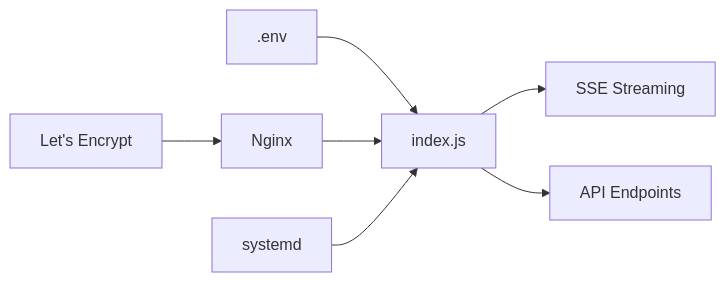
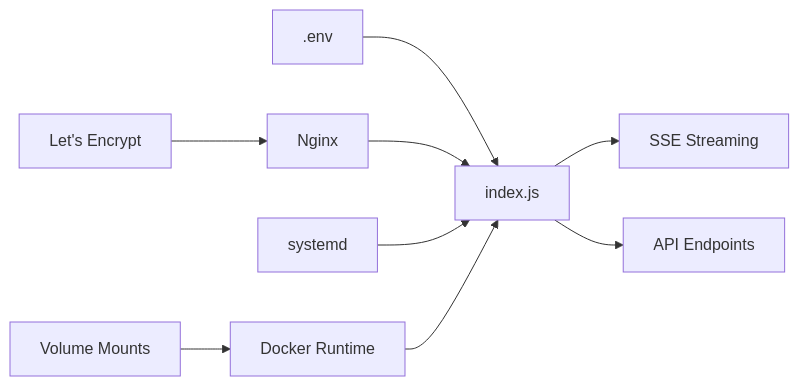
Diagram 15 of 15 in .qoder/repowiki/en/content/Deployment & Operations/Deployment & Operations.md (RunTimeAdmin/tri-ai), drawn with Mermaid before and after one commit. The commit also changed other lines of this file and 139 other files, not shown here.

````diff
--- a/.qoder/repowiki/en/content/Deployment & Operations/Deployment & Operations.md
+++ b/.qoder/repowiki/en/content/Deployment & Operations/Deployment & Operations.md
@@ -439,9 +569,11 @@
 ```mermaid
 graph LR
 Env[".env"] --> Node["index.js"]
 Node --> SSE["SSE Streaming"]
 Node --> APIs["API Endpoints"]
 Nginx["Nginx"] --> Node
 SSL["Let's Encrypt"] --> Nginx
 Sysd["systemd"] --> Node
+Docker["Docker Runtime"] --> Node
+Volumes["Volume Mounts"] --> Docker
 ```
````
